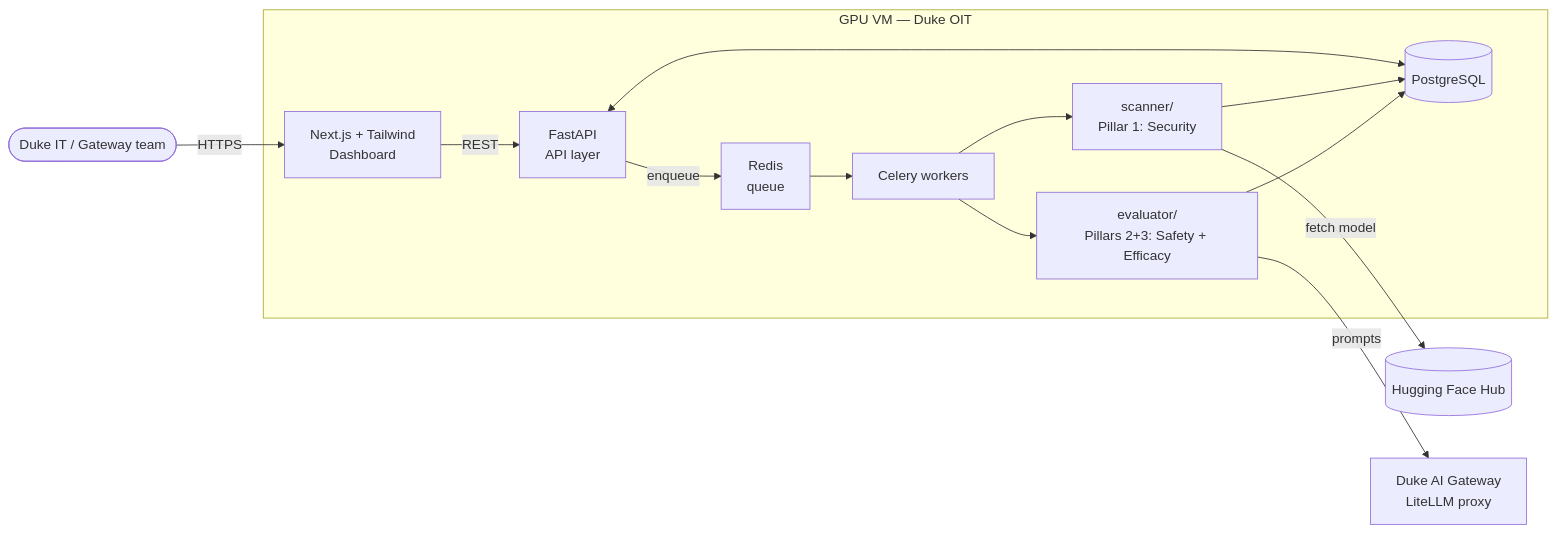
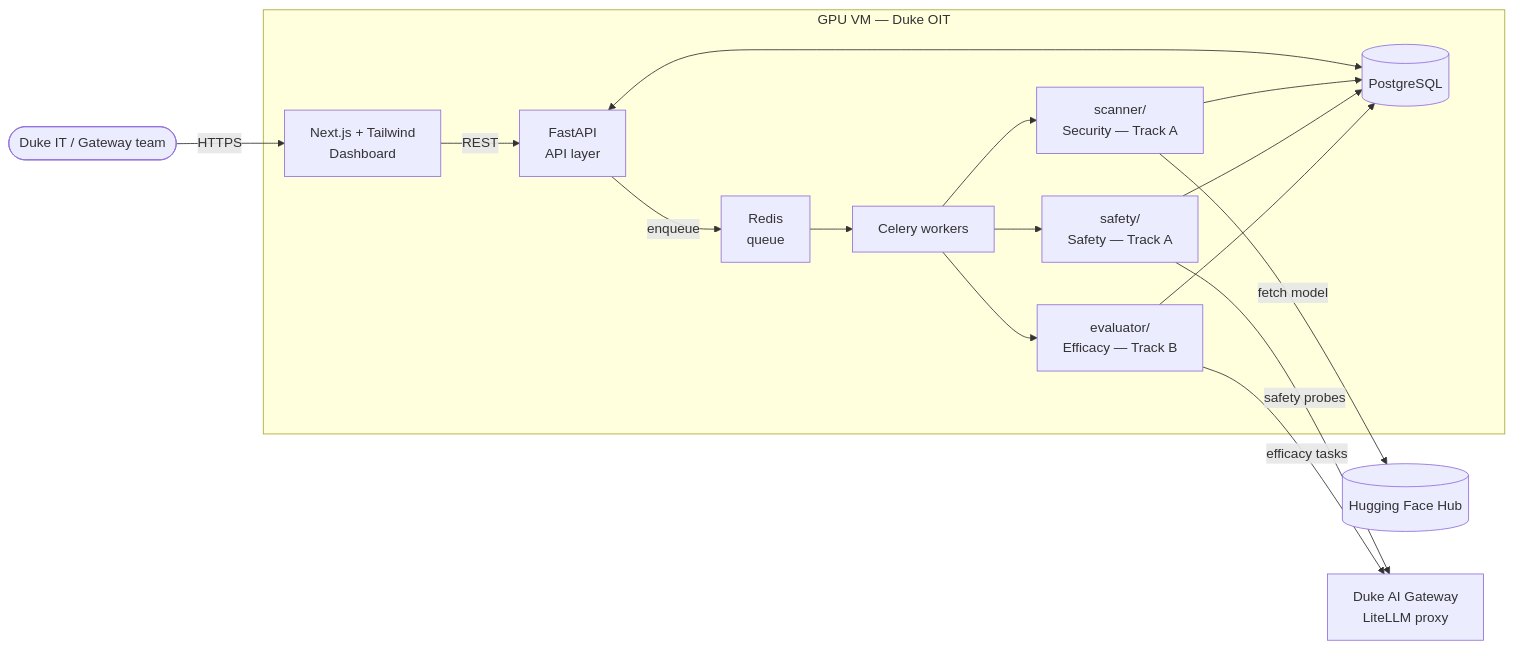
Before and after one commit to evelindsayyy/security-and-qa-for-ai-models: the first of 4 diagrams in docs/architecture.md, drawn with Mermaid. The commit also changed other lines of this file and 11 other files, not shown here.

````diff
--- a/docs/architecture.md
+++ b/docs/architecture.md
@@ -11,28 +21,32 @@
 ```mermaid
 flowchart LR
   User([Duke IT / Gateway team])
   HF[(Hugging Face Hub)]
   GW[Duke AI Gateway<br/>LiteLLM proxy]
 
   subgraph VM[GPU VM — Duke OIT]
     UI[Next.js + Tailwind<br/>Dashboard]
     API[FastAPI<br/>API layer]
     Q[Redis<br/>queue]
     W[Celery workers]
-    Scanner[scanner/<br/>Pillar 1: Security]
-    Evaluator[evaluator/<br/>Pillars 2+3: Safety + Efficacy]
+    Scanner[scanner/<br/>Security — Track A]
+    Safety[safety/<br/>Safety — Track A]
+    Evaluator[evaluator/<br/>Efficacy — Track B]
     DB[(PostgreSQL)]
   end
 
   User -->|HTTPS| UI
   UI -->|REST| API
   API <--> DB
   API -->|enqueue| Q
   Q --> W
   W --> Scanner
+  W --> Safety
   W --> Evaluator
   Scanner -->|fetch model| HF
-  Evaluator -->|prompts| GW
+  Safety -->|safety probes| GW
+  Evaluator -->|efficacy tasks| GW
   Scanner --> DB
+  Safety --> DB
   Evaluator --> DB
 ```
````
